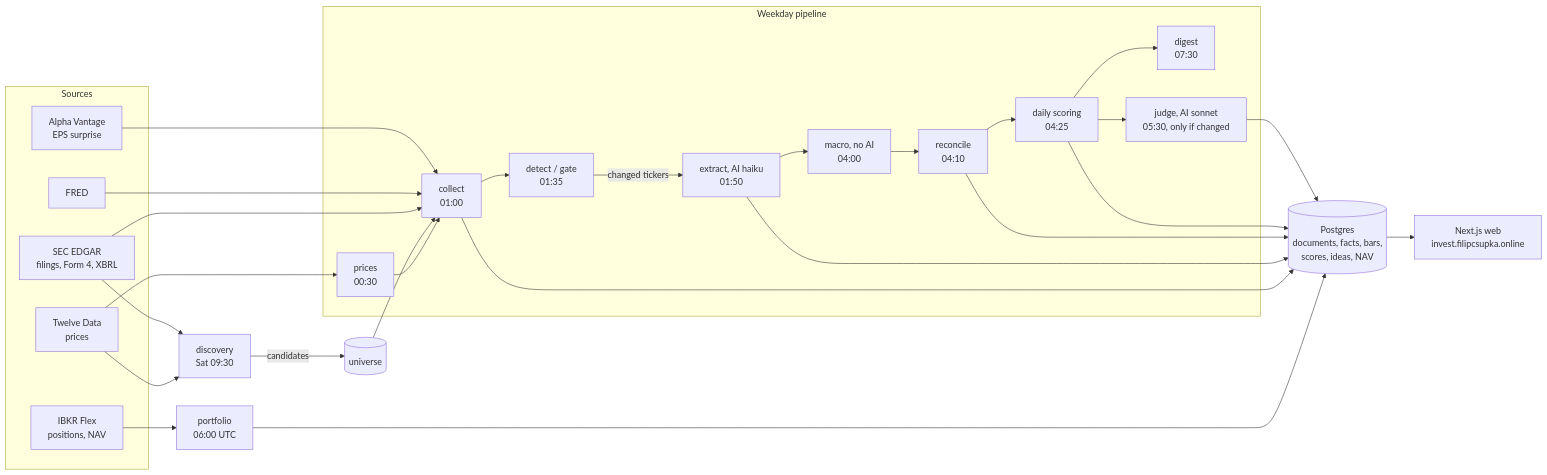
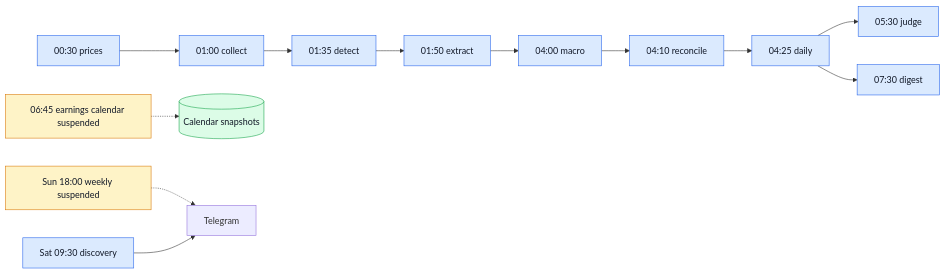
Before and after one commit to Filipcsupka/invest-buddy: the third of 10 diagrams in docs/architecture.md, drawn with Mermaid. The commit also changed other lines of this file and 2 other files, not shown here.

Commit message:
Document InvestBuddy architecture

````diff
--- a/docs/architecture.md
+++ b/docs/architecture.md
@@ -9,40 +61,20 @@
 ```mermaid
 flowchart LR
-  subgraph sources[Sources]
-    SEC[SEC EDGAR<br/>filings, Form 4, XBRL]
-    FRED[FRED]
-    AV[Alpha Vantage<br/>EPS surprise]
-    TD[Twelve Data<br/>prices]
-    FLEX[IBKR Flex<br/>positions, NAV]
-  end
-
-  subgraph pipeline[Weekday pipeline]
-    PRICES[prices<br/>00:30] --> COLLECT[collect<br/>01:00]
-    COLLECT --> DETECT[detect / gate<br/>01:35]
-    DETECT -- changed tickers --> EXTRACT[extract, AI haiku<br/>01:50]
-    EXTRACT --> MACRO[macro, no AI<br/>04:00]
-    MACRO --> RECONCILE[reconcile<br/>04:10]
-    RECONCILE --> DAILY[daily scoring<br/>04:25]
-    DAILY --> DIGEST[digest<br/>07:30]
-    DAILY --> JUDGE[judge, AI sonnet<br/>05:30, only if changed]
-  end
-
-  DISC[discovery<br/>Sat 09:30] -- candidates --> UNIV[(universe)]
-  UNIV --> COLLECT
-  PORT[portfolio<br/>06:00 UTC] --> DB
-
-  SEC --> COLLECT
-  FRED --> COLLECT
-  AV --> COLLECT
-  TD --> PRICES
-  TD --> DISC
-  SEC --> DISC
-  FLEX --> PORT
-
-  COLLECT --> DB[(Postgres<br/>documents, facts, bars,<br/>scores, ideas, NAV)]
-  EXTRACT --> DB
-  RECONCILE --> DB
-  DAILY --> DB
-  JUDGE --> DB
-  DB --> WEB[Next.js web<br/>invest.filipcsupka.online]
+  prices[00:30 prices] --> collect[01:00 collect]
+  collect --> detect[01:35 detect]
+  detect --> extract[01:50 extract]
+  extract --> macro[04:00 macro]
+  macro --> reconcile[04:10 reconcile]
+  reconcile --> daily[04:25 daily]
+  daily --> judge[05:30 judge]
+  daily --> digest[07:30 digest]
+  calendar[06:45 earnings calendar suspended] -.-> caldb[(Calendar snapshots)]
+  weekly[Sun 18:00 weekly suspended] -.-> telegram[Telegram]
+  discovery[Sat 09:30 discovery] --> telegram
+  classDef app fill:#dbeafe,stroke:#2563eb,color:#111827
+  classDef off fill:#fef3c7,stroke:#d97706,color:#111827
+  classDef data fill:#dcfce7,stroke:#16a34a,color:#111827
+  class caldb data
+  class prices,collect,detect,extract,macro,reconcile,daily,judge,digest,discovery app
+  class weekly,calendar off
 ```
````
